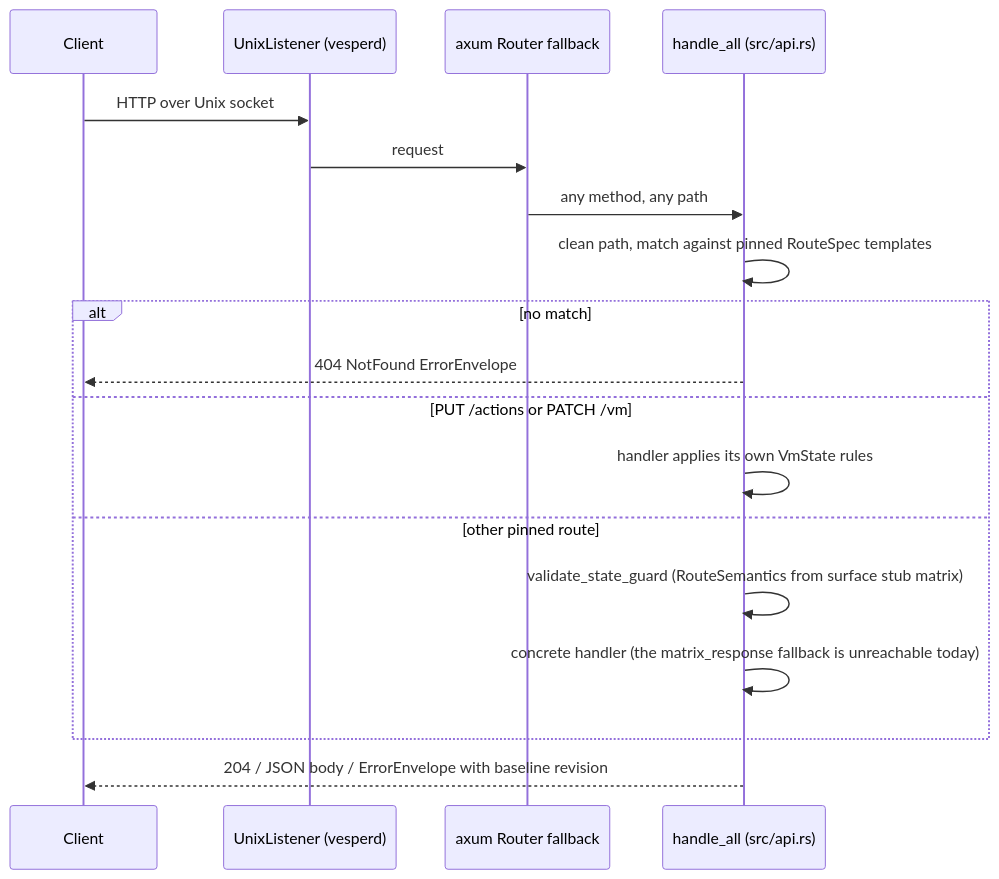
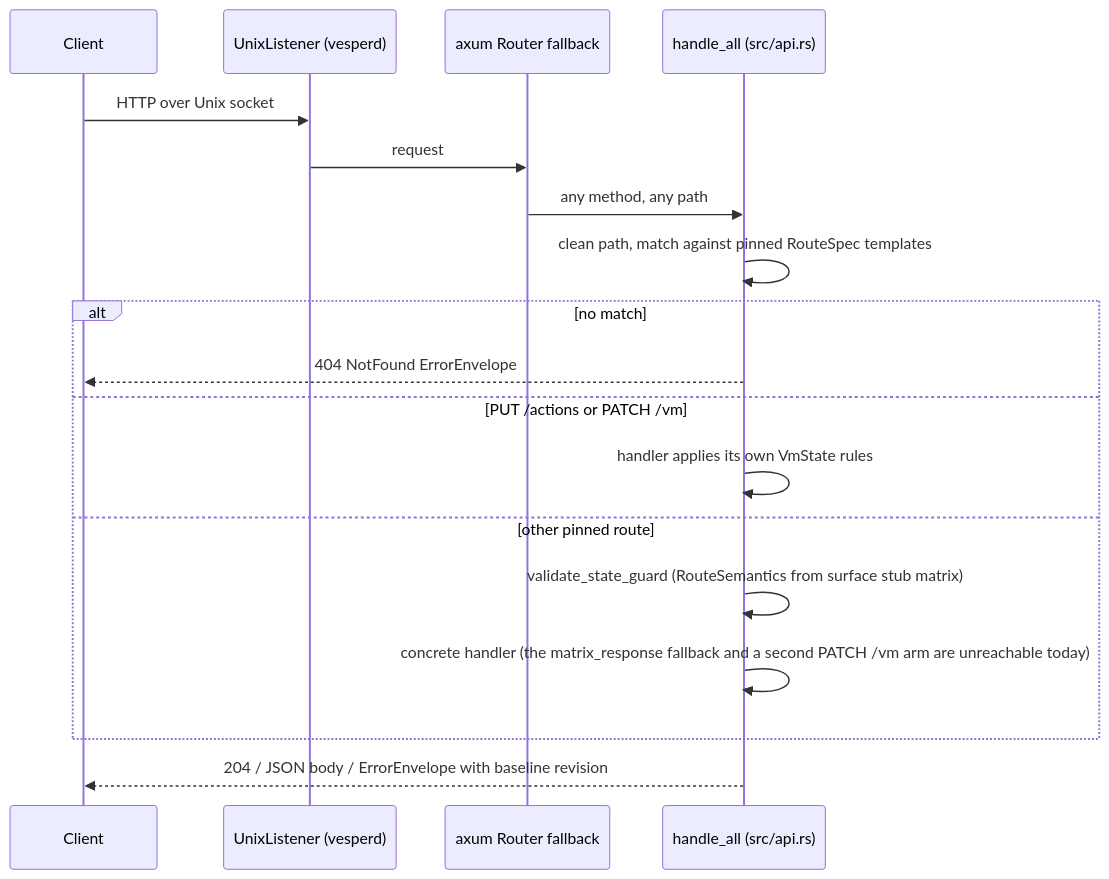
The third of 3 diagrams in ARCHITECTURE.md (cityhunteur/vesper), drawn with Mermaid before and after one commit. The commit also changed other lines of this file and 18 other files, not shown here.

````diff
--- a/ARCHITECTURE.md
+++ b/ARCHITECTURE.md
@@ -109,20 +110,20 @@
 ```mermaid
 sequenceDiagram
   participant C as Client
   participant L as UnixListener (vesperd)
   participant R as axum Router fallback
   participant H as handle_all (src/api.rs)
   C->>L: HTTP over Unix socket
   L->>R: request
   R->>H: any method, any path
   H->>H: clean path, match against pinned RouteSpec templates
   alt no match
     H-->>C: 404 NotFound ErrorEnvelope
   else PUT /actions or PATCH /vm
     H->>H: handler applies its own VmState rules
   else other pinned route
     H->>H: validate_state_guard (RouteSemantics from surface stub matrix)
-    H->>H: concrete handler (the matrix_response fallback is unreachable today)
+    H->>H: concrete handler (the matrix_response fallback and a second PATCH /vm arm are unreachable today)
   end
   H-->>C: 204 / JSON body / ErrorEnvelope with baseline revision
 ```
````
